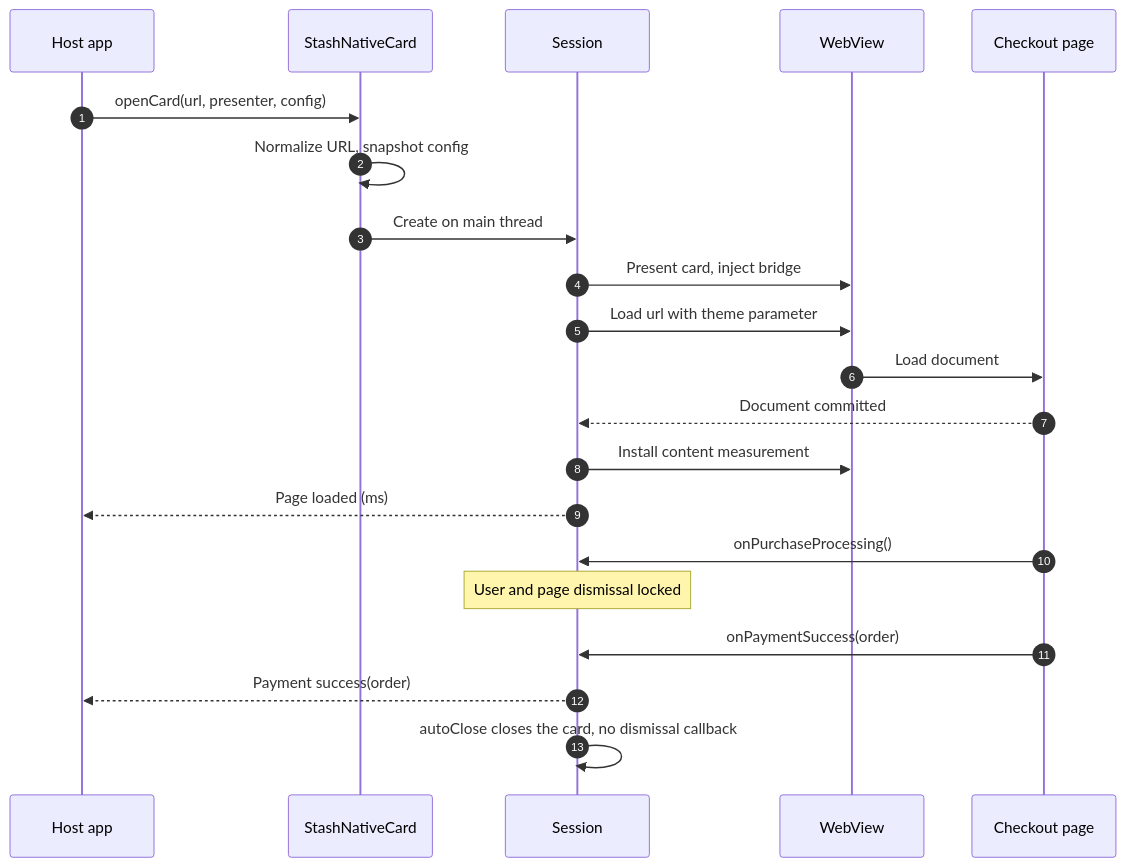
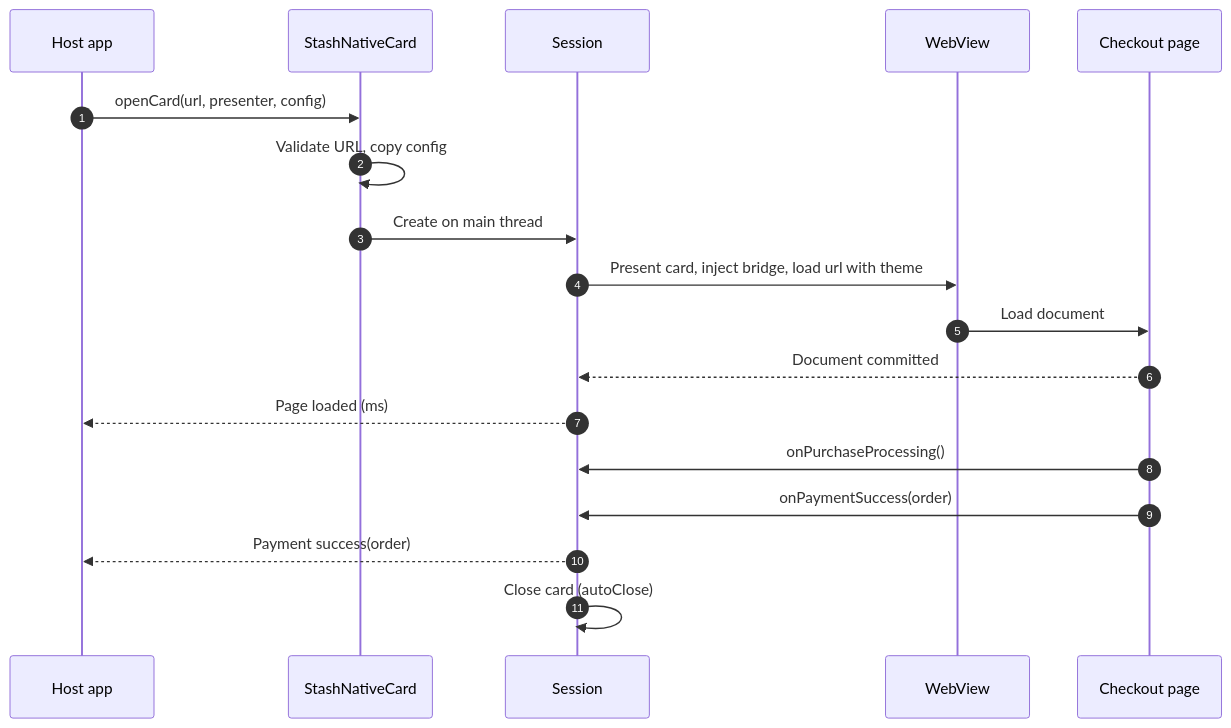
Before and after one commit to stashgg/stash-native: the third of 4 diagrams in docs/architecture/index.md, drawn with Mermaid. The commit also changed other lines of this file and 19 other files, not shown here.

First line of the commit message:
[docs] Restructure docs into Overview, Usage, and Platform Architecture

````diff
--- a/docs/architecture/index.md
+++ b/docs/architecture/index.md
@@ -85,24 +69,21 @@
 ```mermaid
 sequenceDiagram
     autonumber
     participant App as Host app
     participant Facade as StashNativeCard
     participant Session
     participant Web as WebView
     participant Page as Checkout page
 
     App->>Facade: openCard(url, presenter, config)
-    Facade->>Facade: Normalize URL, snapshot config
+    Facade->>Facade: Validate URL, copy config
     Facade->>Session: Create on main thread
-    Session->>Web: Present card, inject bridge
-    Session->>Web: Load url with theme parameter
+    Session->>Web: Present card, inject bridge, load url with theme
     Web->>Page: Load document
     Page-->>Session: Document committed
-    Session->>Web: Install content measurement
     Session-->>App: Page loaded (ms)
     Page->>Session: onPurchaseProcessing()
-    Note over Session: User and page dismissal locked
     Page->>Session: onPaymentSuccess(order)
     Session-->>App: Payment success(order)
-    Session->>Session: autoClose closes the card, no dismissal callback
+    Session->>Session: Close card (autoClose)
 ```
````
